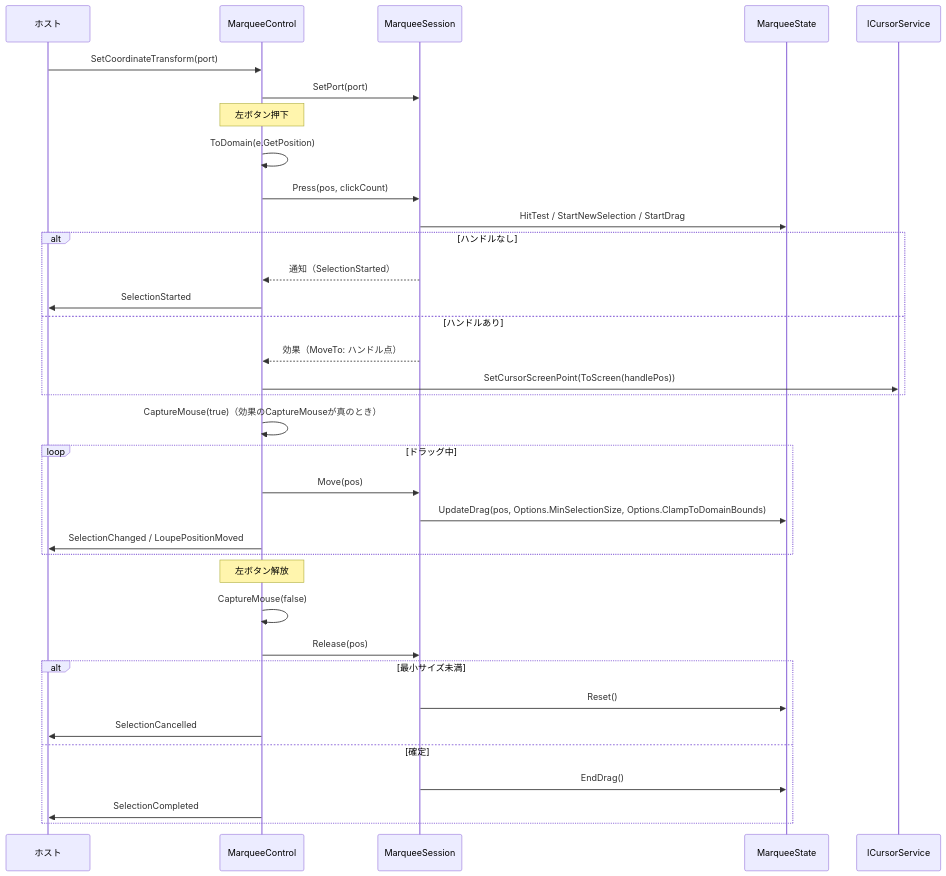
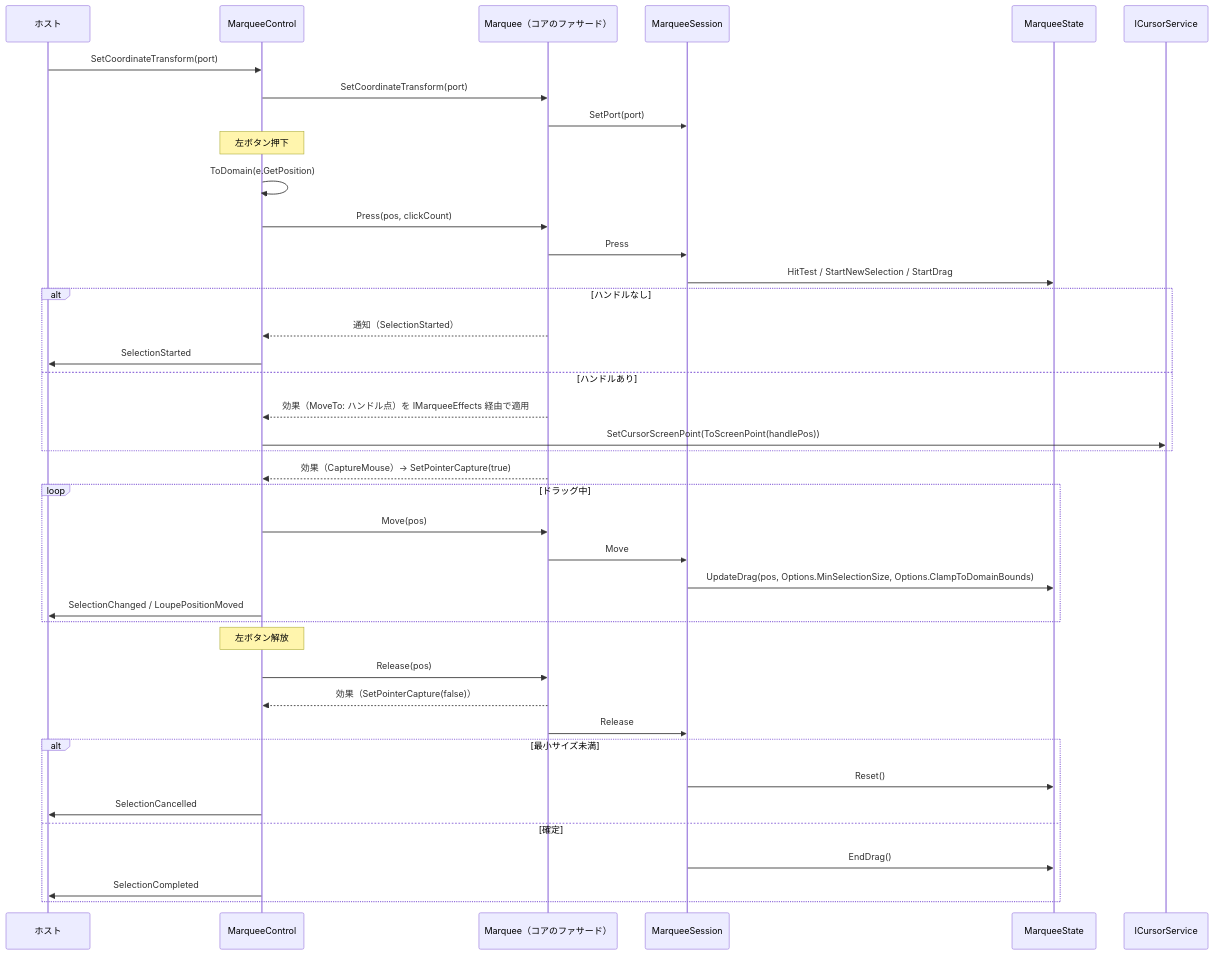
One commit to tomokuni/SaveEvidence changed the second of 4 diagrams in src/MarqueeControl.MewUI/SPEC_System.md. Above: the diagram before and after it, drawn with Mermaid. The commit also changed other lines of this file and 201 other files, not shown here.

````diff
--- a/src/MarqueeControl.MewUI/SPEC_System.md
+++ b/src/MarqueeControl.MewUI/SPEC_System.md
@@ -231,38 +251,43 @@
 ```mermaid
 sequenceDiagram
     participant Host as ホスト
     participant Ctl as MarqueeControl
+    participant Fac as Marquee（コアのファサード）
     participant Ses as MarqueeSession
     participant St as MarqueeState
     participant Cur as ICursorService
 
     Host->>Ctl: SetCoordinateTransform(port)
-    Ctl->>Ses: SetPort(port)
+    Ctl->>Fac: SetCoordinateTransform(port)
+    Fac->>Ses: SetPort(port)
     Note over Ctl: 左ボタン押下
     Ctl->>Ctl: ToDomain(e.GetPosition)
-    Ctl->>Ses: Press(pos, clickCount)
+    Ctl->>Fac: Press(pos, clickCount)
+    Fac->>Ses: Press
     Ses->>St: HitTest / StartNewSelection / StartDrag
     alt ハンドルなし
-        Ses-->>Ctl: 通知（SelectionStarted）
+        Fac-->>Ctl: 通知（SelectionStarted）
         Ctl->>Host: SelectionStarted
     else ハンドルあり
-        Ses-->>Ctl: 効果（MoveTo: ハンドル点）
-        Ctl->>Cur: SetCursorScreenPoint(ToScreen(handlePos))
+        Fac-->>Ctl: 効果（MoveTo: ハンドル点）を IMarqueeEffects 経由で適用
+        Ctl->>Cur: SetCursorScreenPoint(ToScreenPoint(handlePos))
     end
-    Ctl->>Ctl: CaptureMouse(true)（効果のCaptureMouseが真のとき）
+    Fac-->>Ctl: 効果（CaptureMouse）→ SetPointerCapture(true)
     loop ドラッグ中
-        Ctl->>Ses: Move(pos)
+        Ctl->>Fac: Move(pos)
+        Fac->>Ses: Move
         Ses->>St: UpdateDrag(pos, Options.MinSelectionSize, Options.ClampToDomainBounds)
         Ctl->>Host: SelectionChanged / LoupePositionMoved
     end
     Note over Ctl: 左ボタン解放
-    Ctl->>Ctl: CaptureMouse(false)
-    Ctl->>Ses: Release(pos)
+    Ctl->>Fac: Release(pos)
+    Fac-->>Ctl: 効果（SetPointerCapture(false)）
+    Fac->>Ses: Release
     alt 最小サイズ未満
         Ses->>St: Reset()
         Ctl->>Host: SelectionCancelled
     else 確定
         Ses->>St: EndDrag()
         Ctl->>Host: SelectionCompleted
     end
 ```
````
